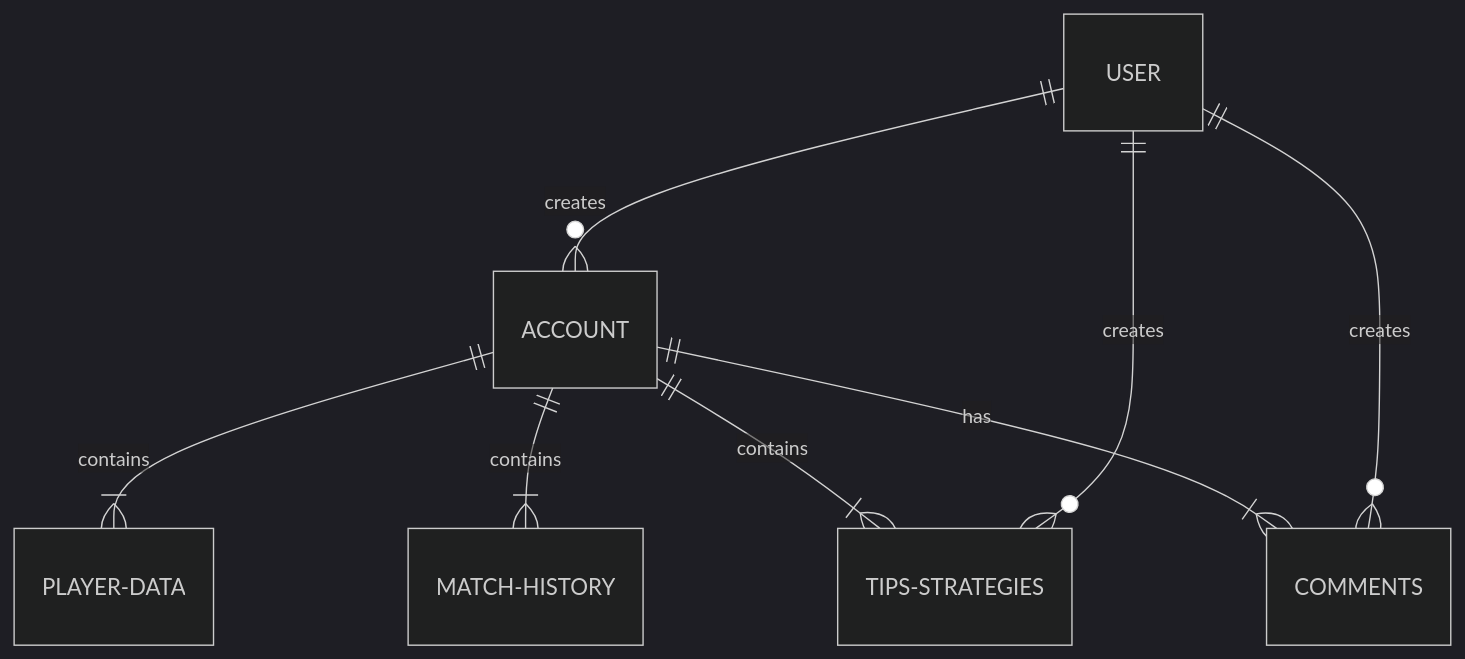
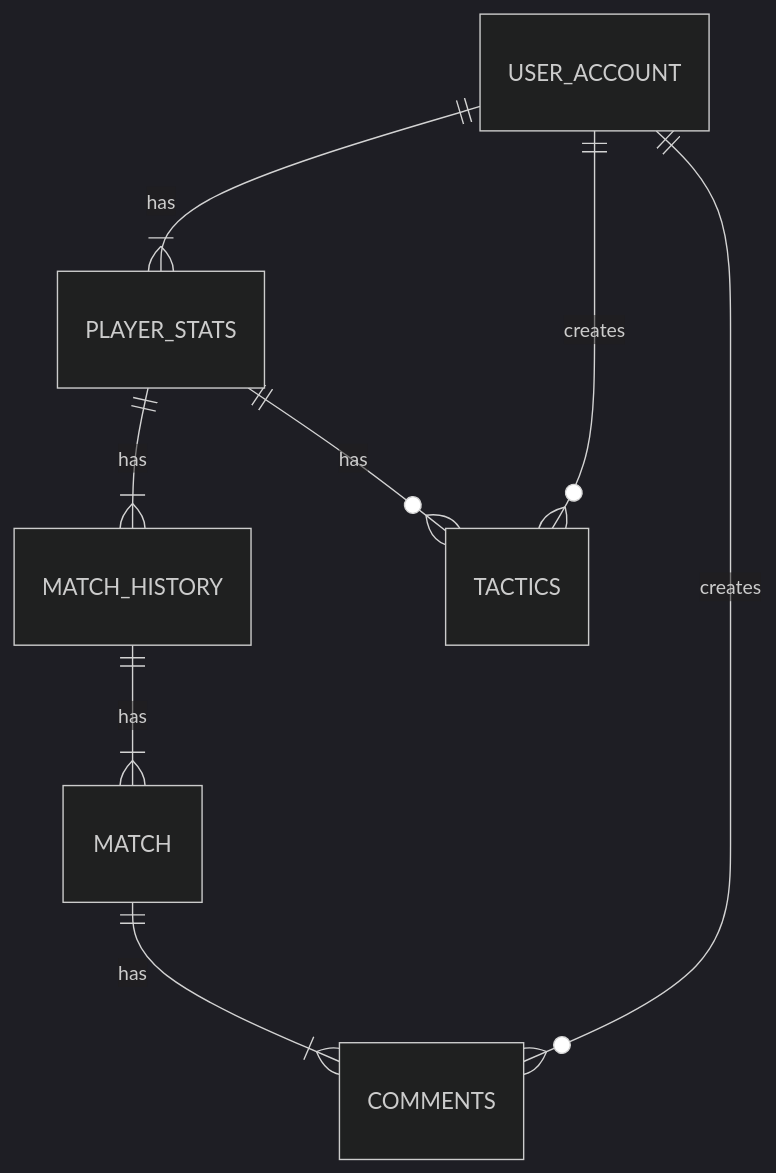
One commit to MarianoUnosquare17/imspector-vuejs changed the first of 2 diagrams in README.md. Above: the diagram before and after it, drawn with Mermaid (dark theme).

Commit message:
updated EDR

````diff
--- a/README.md
+++ b/README.md
@@ -28,11 +28,12 @@
 ```mermaid
 erDiagram
-    USER ||--o{ ACCOUNT : creates
-    ACCOUNT ||--|{ PLAYER-DATA : contains
-    ACCOUNT ||--|{ MATCH-HISTORY : contains
-    ACCOUNT ||--|{ TIPS-STRATEGIES : contains
-    ACCOUNT ||--|{ COMMENTS : has
-    USER ||--o{ TIPS-STRATEGIES : creates
-    USER ||--o{ COMMENTS : creates
+    
+    USER_ACCOUNT ||--|{ PLAYER_STATS : has
+    PLAYER_STATS ||--|{ MATCH_HISTORY : has
+    MATCH_HISTORY ||--|{ MATCH : has
+    MATCH ||--|{ COMMENTS : has
+    USER_ACCOUNT ||--o{ TACTICS : creates
+    PLAYER_STATS ||--o{ TACTICS : has
+    USER_ACCOUNT ||--o{ COMMENTS : creates
     
 ```
````
